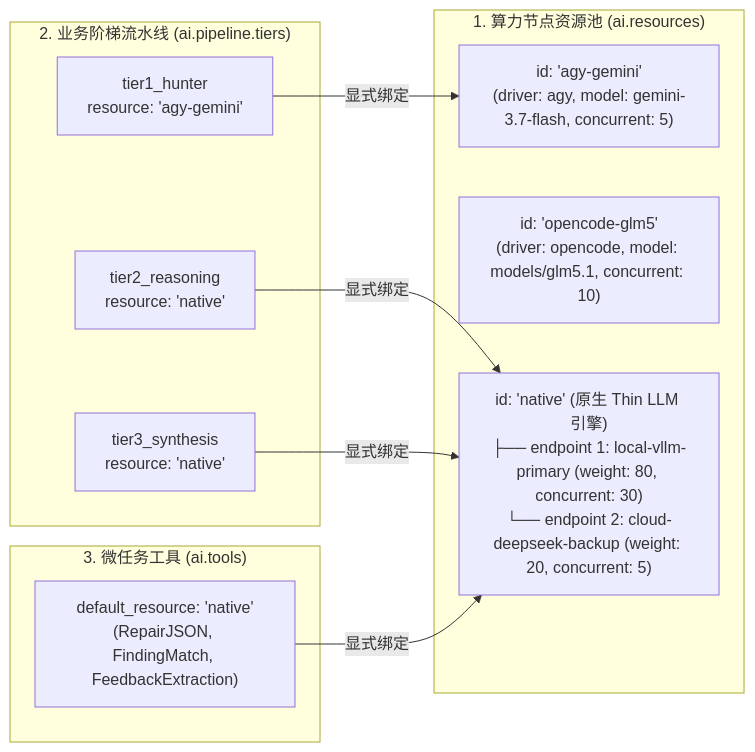
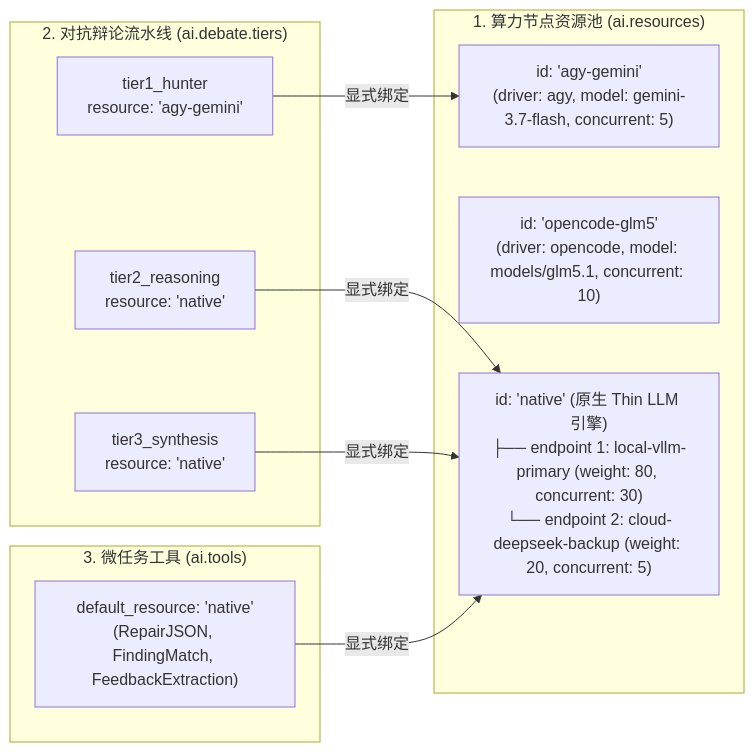
One commit to fugui/code-shield changed the second of 3 diagrams in docs/native-llm-architecture/02-CodeShield-AI执行引擎与企业治理配置架构优化设计.md. Above: the diagram before and after it, drawn with Mermaid. The commit also changed other lines of this file, not shown here.

````diff
--- a/docs/native-llm-architecture/02-CodeShield-AI执行引擎与企业治理配置架构优化设计.md
+++ b/docs/native-llm-architecture/02-CodeShield-AI执行引擎与企业治理配置架构优化设计.md
@@ -60,23 +60,23 @@
 ```mermaid
 graph LR
     subgraph Layer1 ["1. 算力节点资源池 (ai.resources)"]
         R1["id: 'agy-gemini'<br/>(driver: agy, model: gemini-3.7-flash, concurrent: 5)"]
         R2["id: 'opencode-glm5'<br/>(driver: opencode, model: models/glm5.1, concurrent: 10)"]
         R_Native["id: 'native' (原生 Thin LLM 引擎)<br/>├── endpoint 1: local-vllm-primary (weight: 80, concurrent: 30)<br/>└── endpoint 2: cloud-deepseek-backup (weight: 20, concurrent: 5)"]
     end
 
-    subgraph Layer2 ["2. 业务阶梯流水线 (ai.pipeline.tiers)"]
+    subgraph Layer2 ["2. 对抗辩论流水线 (ai.debate.tiers)"]
         T1["tier1_hunter<br/>resource: 'agy-gemini'"]
         T2["tier2_reasoning<br/>resource: 'native'"]
         T3["tier3_synthesis<br/>resource: 'native'"]
     end
 
     subgraph Layer3 ["3. 微任务工具 (ai.tools)"]
         Tools["default_resource: 'native'<br/>(RepairJSON, FindingMatch, FeedbackExtraction)"]
     end
 
     T1 -->|显式绑定| R1
     T2 -->|显式绑定| R_Native
     T3 -->|显式绑定| R_Native
     Tools -->|显式绑定| R_Native
 ```
````
